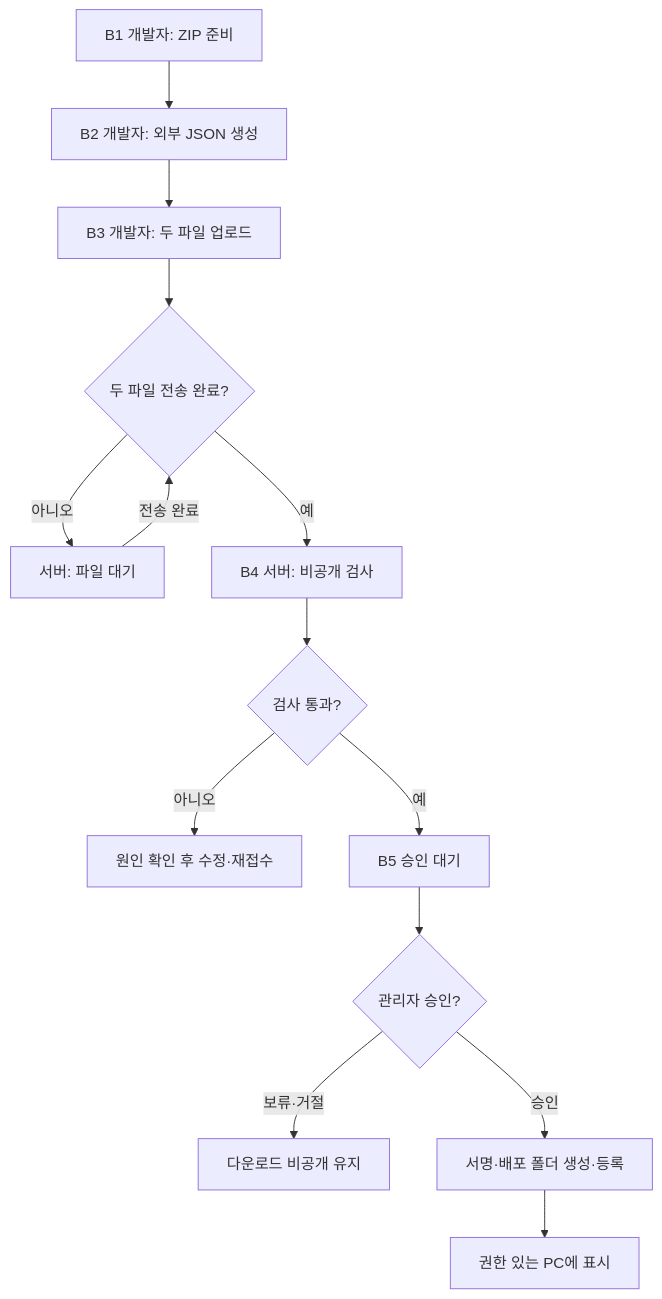
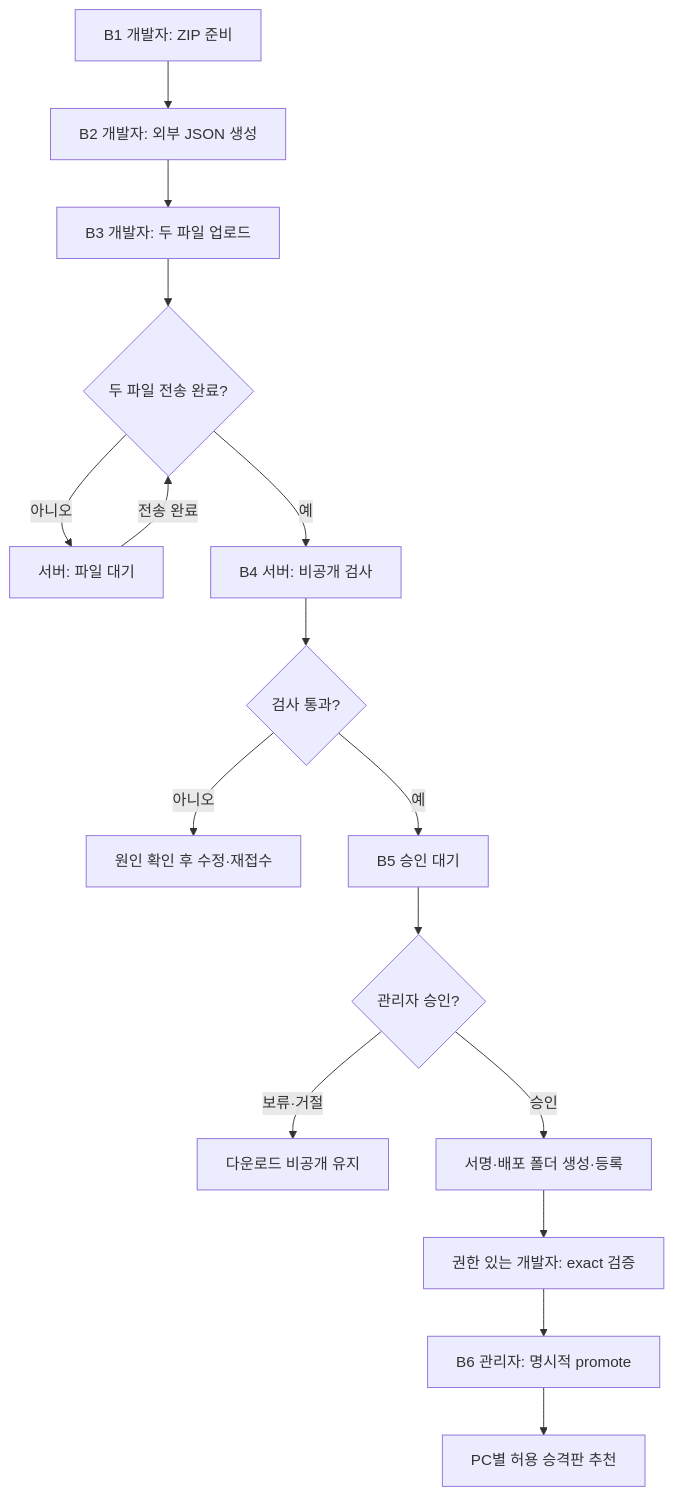
Before and after one commit to YonghoKwon/UE-DT-LAUNCHER: the second of 3 diagrams in docs/reference/feature-workflow.md, drawn with Mermaid. The commit also changed other lines of this file and 14 other files, not shown here.

````diff
--- a/docs/reference/feature-workflow.md
+++ b/docs/reference/feature-workflow.md
@@ -179,16 +180,18 @@
 ```mermaid
 flowchart TD
     package["B1 개발자: ZIP 준비"] --> metadata["B2 개발자: 외부 JSON 생성"]
     metadata --> upload["B3 개발자: 두 파일 업로드"]
     upload --> paired{"두 파일 전송 완료?"}
     paired -->|"아니오"| waiting["서버: 파일 대기"]
     waiting -->|"전송 완료"| paired
     paired -->|"예"| validate["B4 서버: 비공개 검사"]
     validate --> valid{"검사 통과?"}
     valid -->|"아니오"| fix["원인 확인 후 수정·재접수"]
     valid -->|"예"| pending["B5 승인 대기"]
     pending --> approved{"관리자 승인?"}
     approved -->|"보류·거절"| private["다운로드 비공개 유지"]
     approved -->|"승인"| publish["서명·배포 폴더 생성·등록"]
-    publish --> visible["권한 있는 PC에 표시"]
+    publish --> developer["권한 있는 개발자: exact 검증"]
+    developer --> promote["B6 관리자: 명시적 promote"]
+    promote --> visible["PC별 허용 승격판 추천"]
 ```
````
